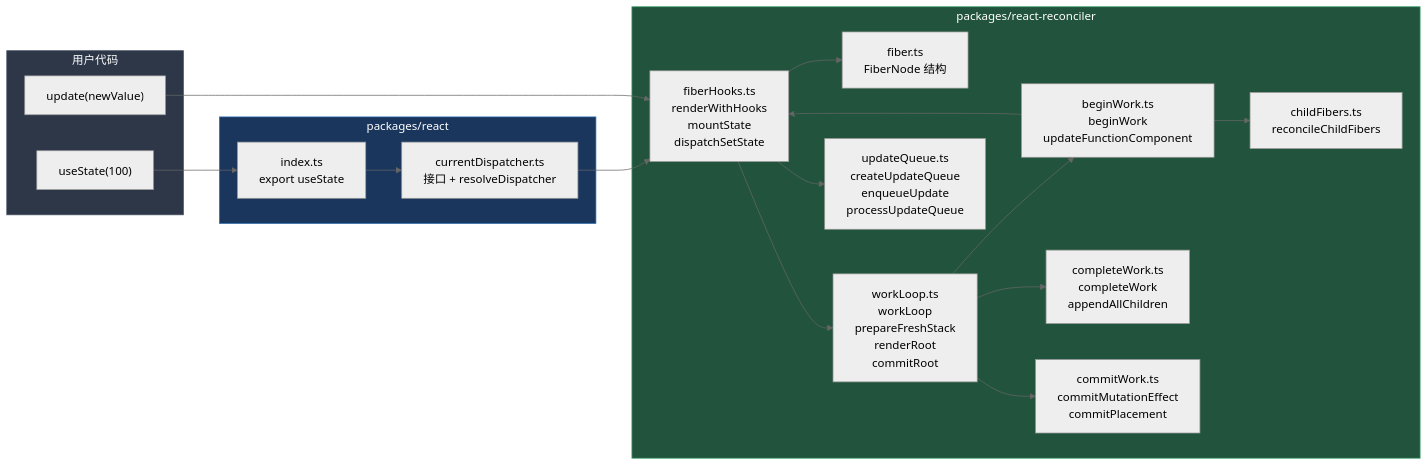
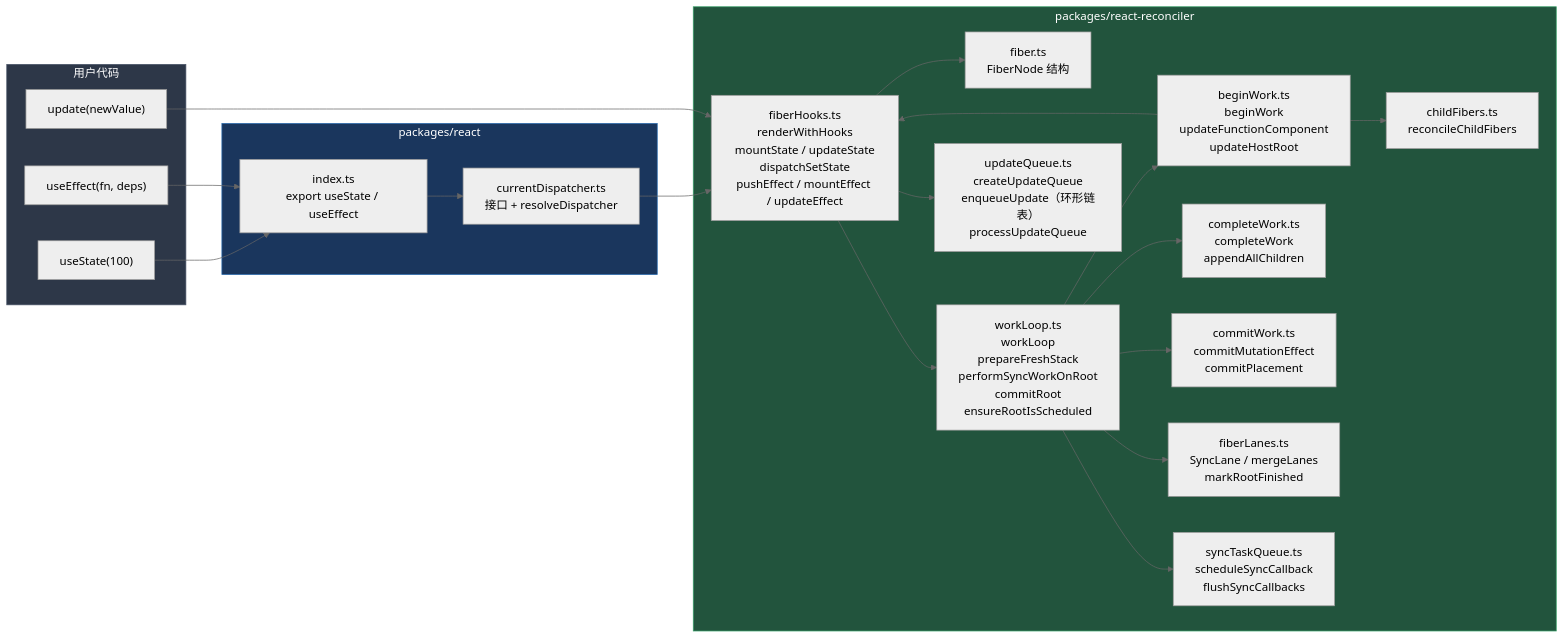
One commit to SecondDragon/big-react changed the eighth of 8 diagrams in docs/useState运作流程全解.md. Above: the diagram before and after it, drawn with Mermaid (neutral theme). The commit also changed other lines of this file and 16 other files, not shown here.

````diff
--- a/docs/useState运作流程全解.md
+++ b/docs/useState运作流程全解.md
@@ -663,41 +933,47 @@
 ```mermaid
 flowchart LR
     subgraph User["用户代码"]
         US["useState(100)"]
         DISPATCH["update(newValue)"]
+        EFFECT["useEffect(fn, deps)"]
     end
 
     subgraph ReactLayer["packages/react"]
-        INDEX["index.ts<br/>export useState"]
+        INDEX["index.ts<br/>export useState / useEffect"]
         DISPATCHER["currentDispatcher.ts<br/>接口 + resolveDispatcher"]
     end
 
     subgraph Reconciler["packages/react-reconciler"]
         FIBER["fiber.ts<br/>FiberNode 结构"]
-        RENDERHOOKS["fiberHooks.ts<br/>renderWithHooks<br/>mountState<br/>dispatchSetState"]
-        WORKLOOP["workLoop.ts<br/>workLoop<br/>prepareFreshStack<br/>renderRoot<br/>commitRoot"]
-        BEGINWORK["beginWork.ts<br/>beginWork<br/>updateFunctionComponent"]
+        RENDERHOOKS["fiberHooks.ts<br/>renderWithHooks<br/>mountState / updateState<br/>dispatchSetState<br/>pushEffect / mountEffect / updateEffect"]
+        WORKLOOP["workLoop.ts<br/>workLoop<br/>prepareFreshStack<br/>performSyncWorkOnRoot<br/>commitRoot<br/>ensureRootIsScheduled"]
+        BEGINWORK["beginWork.ts<br/>beginWork<br/>updateFunctionComponent<br/>updateHostRoot"]
         COMPLETEWORK["completeWork.ts<br/>completeWork<br/>appendAllChildren"]
         COMMITWORK["commitWork.ts<br/>commitMutationEffect<br/>commitPlacement"]
-        UPDATEQUEUE["updateQueue.ts<br/>createUpdateQueue<br/>enqueueUpdate<br/>processUpdateQueue"]
+        UPDATEQUEUE["updateQueue.ts<br/>createUpdateQueue<br/>enqueueUpdate（环形链表）<br/>processUpdateQueue"]
         CHILDFIBERS["childFibers.ts<br/>reconcileChildFibers"]
+        LANES["fiberLanes.ts<br/>SyncLane / mergeLanes<br/>markRootFinished"]
+        SYNCTASK["syncTaskQueue.ts<br/>scheduleSyncCallback<br/>flushSyncCallbacks"]
     end
 
     US --> INDEX
+    EFFECT --> INDEX
     INDEX --> DISPATCHER
     DISPATCHER --> RENDERHOOKS
     RENDERHOOKS --> WORKLOOP
     WORKLOOP --> BEGINWORK
     BEGINWORK --> RENDERHOOKS
     BEGINWORK --> CHILDFIBERS
     WORKLOOP --> COMPLETEWORK
     WORKLOOP --> COMMITWORK
     RENDERHOOKS --> UPDATEQUEUE
     RENDERHOOKS --> FIBER
+    WORKLOOP --> LANES
+    WORKLOOP --> SYNCTASK
 
     DISPATCH --> RENDERHOOKS
 
     style User fill:#2d3748,stroke:#4a5568,color:#fff
     style ReactLayer fill:#1a365d,stroke:#2b6cb0,color:#fff
     style Reconciler fill:#22543d,stroke:#38a169,color:#fff
 ```
````
